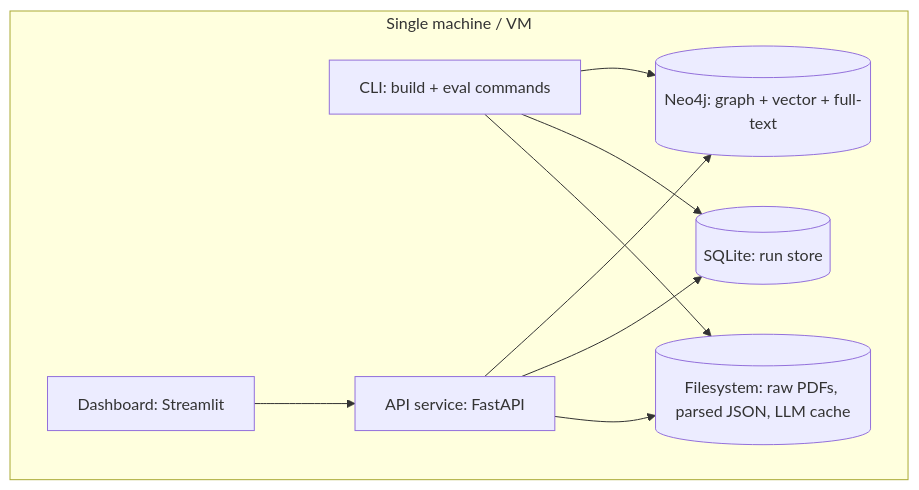
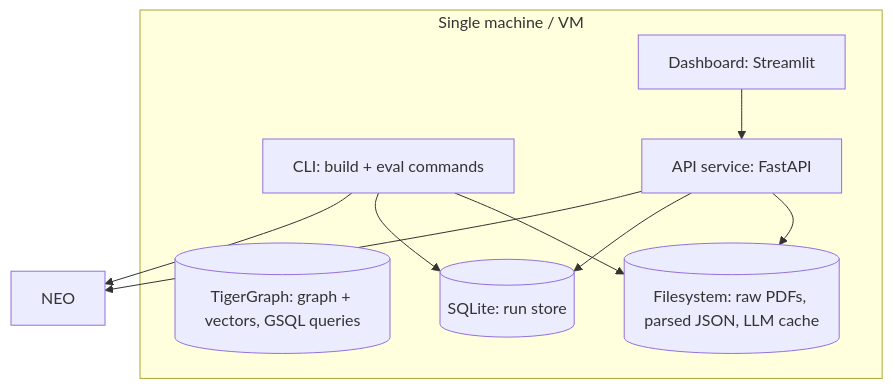
The second of 11 diagrams in docs/ARCHITECTURE.md (Tetra4ge/Interlock-TG), drawn with Mermaid before and after one commit. The commit also changed other lines of this file and 13 other files, not shown here.

Commit message:
docs: migrate architecture and documentation references from Neo4j to TigerGraph

````diff
--- a/docs/ARCHITECTURE.md
+++ b/docs/ARCHITECTURE.md
@@ -43,18 +43,18 @@
 ```mermaid
 flowchart TB
     subgraph Host[Single machine / VM]
         CLI[CLI: build + eval commands]
         API[API service: FastAPI]
         DASH[Dashboard: Streamlit]
-        NEO[(Neo4j: graph + vector + full-text)]
+        TG[(TigerGraph: graph + vectors, GSQL queries)]
         SQL[(SQLite: run store)]
         FS[(Filesystem: raw PDFs, parsed JSON, LLM cache)]
     end
     DASH --> API
     API --> NEO
     API --> SQL
     CLI --> NEO
     CLI --> SQL
     CLI --> FS
     API --> FS
 ```
````
